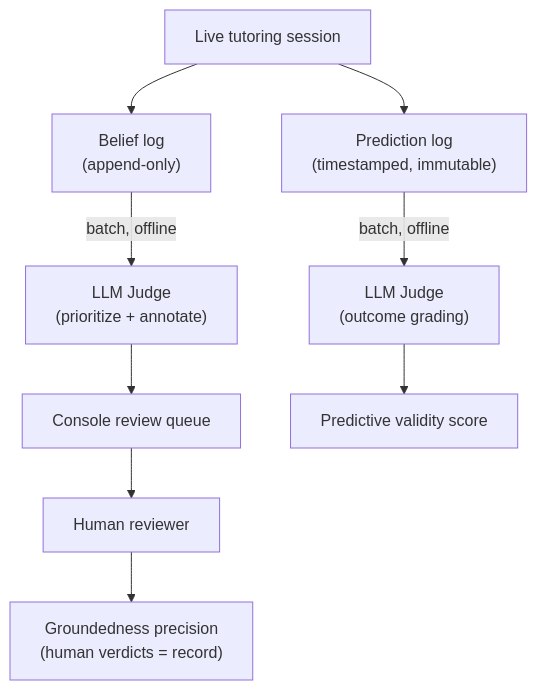
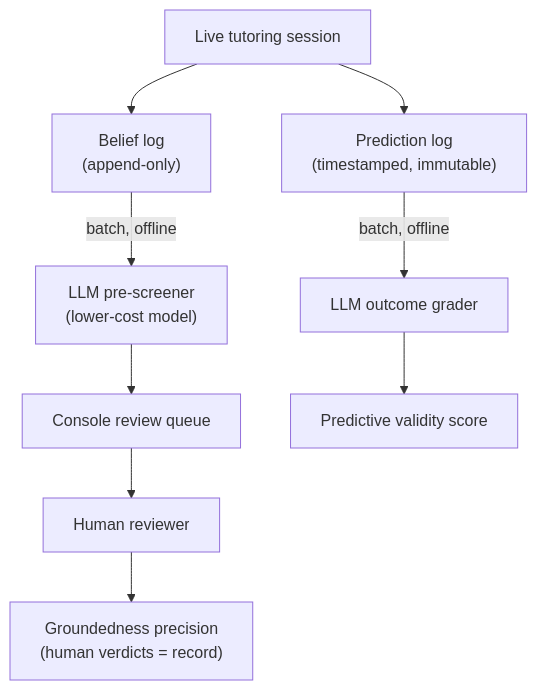
One commit to stemolly/wiki changed the second of 2 diagrams in src/content/docs/engine/engine-validation.md. Above: the diagram before and after it, drawn with Mermaid. The commit also changed other lines of this file and 21 other files, not shown here.

````diff
--- a/src/content/docs/engine/engine-validation.md
+++ b/src/content/docs/engine/engine-validation.md
@@ -109,11 +103,11 @@
 ```mermaid
 flowchart TD
     Tutor["Live tutoring session"] --> BeliefLog["Belief log<br/>(append-only)"]
     Tutor --> PredLog["Prediction log<br/>(timestamped, immutable)"]
-    BeliefLog -->|"batch, offline"| Judge["LLM Judge<br/>(prioritize + annotate)"]
+    BeliefLog -->|"batch, offline"| Judge["LLM pre-screener<br/>(lower-cost model)"]
     Judge --> Queue["Console review queue"]
     Queue --> Human["Human reviewer"]
     Human --> Metric["Groundedness precision<br/>(human verdicts = record)"]
-    PredLog -->|"batch, offline"| Judge2["LLM Judge<br/>(outcome grading)"]
+    PredLog -->|"batch, offline"| Judge2["LLM outcome grader"]
     Judge2 --> PredMetric["Predictive validity score"]
 ```
````
